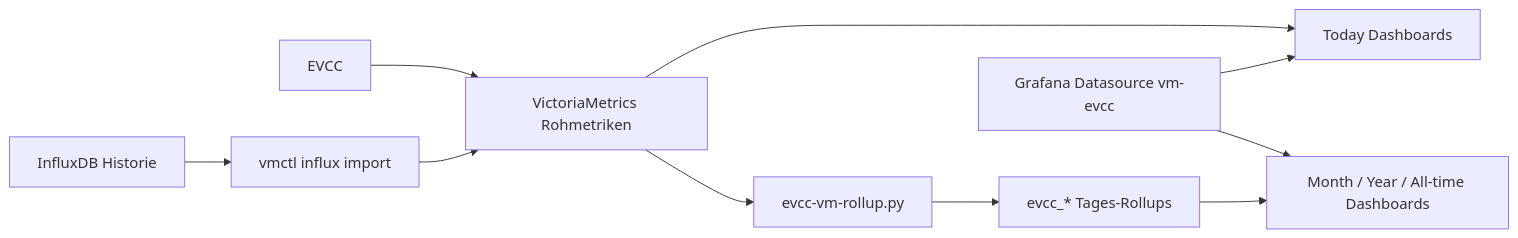
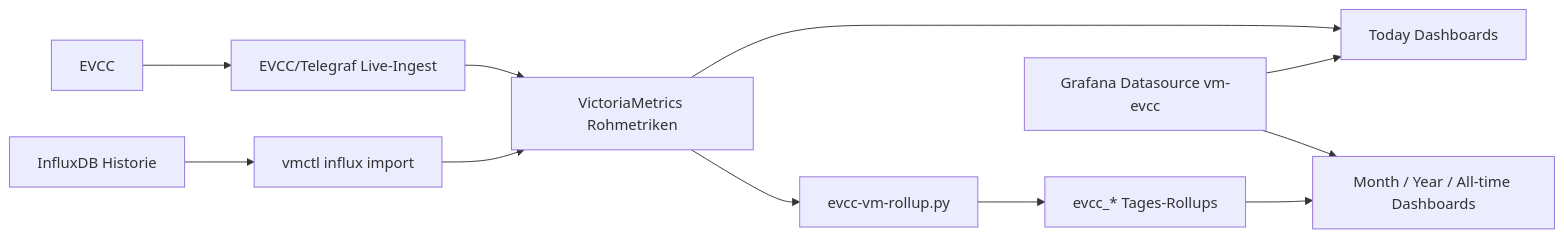
The diagram in docs/README.md (endurance1968/evcc-grafana-dashboards), drawn with Mermaid before and after one commit. The commit also changed other lines of this file and 25 other files, not shown here.

Commit message:
docs: add EVCC Telegraf live ingest guide

````diff
--- a/docs/README.md
+++ b/docs/README.md
@@ -48,11 +51,11 @@
 ```mermaid
 flowchart LR
-  EVCC["EVCC"] --> Raw["VictoriaMetrics Rohmetriken"]
+  EVCC["EVCC"] --> Ingest["EVCC/Telegraf Live-Ingest"] --> Raw["VictoriaMetrics Rohmetriken"]
   Influx["InfluxDB Historie"] --> Import["vmctl influx import"] --> Raw
   Raw --> Today["Today Dashboards"]
   Raw --> Rollup["evcc-vm-rollup.py"]
   Rollup --> Daily["evcc_* Tages-Rollups"]
   Daily --> LongRange["Month / Year / All-time Dashboards"]
   Grafana["Grafana Datasource vm-evcc"] --> Today
   Grafana --> LongRange
 ```
````
